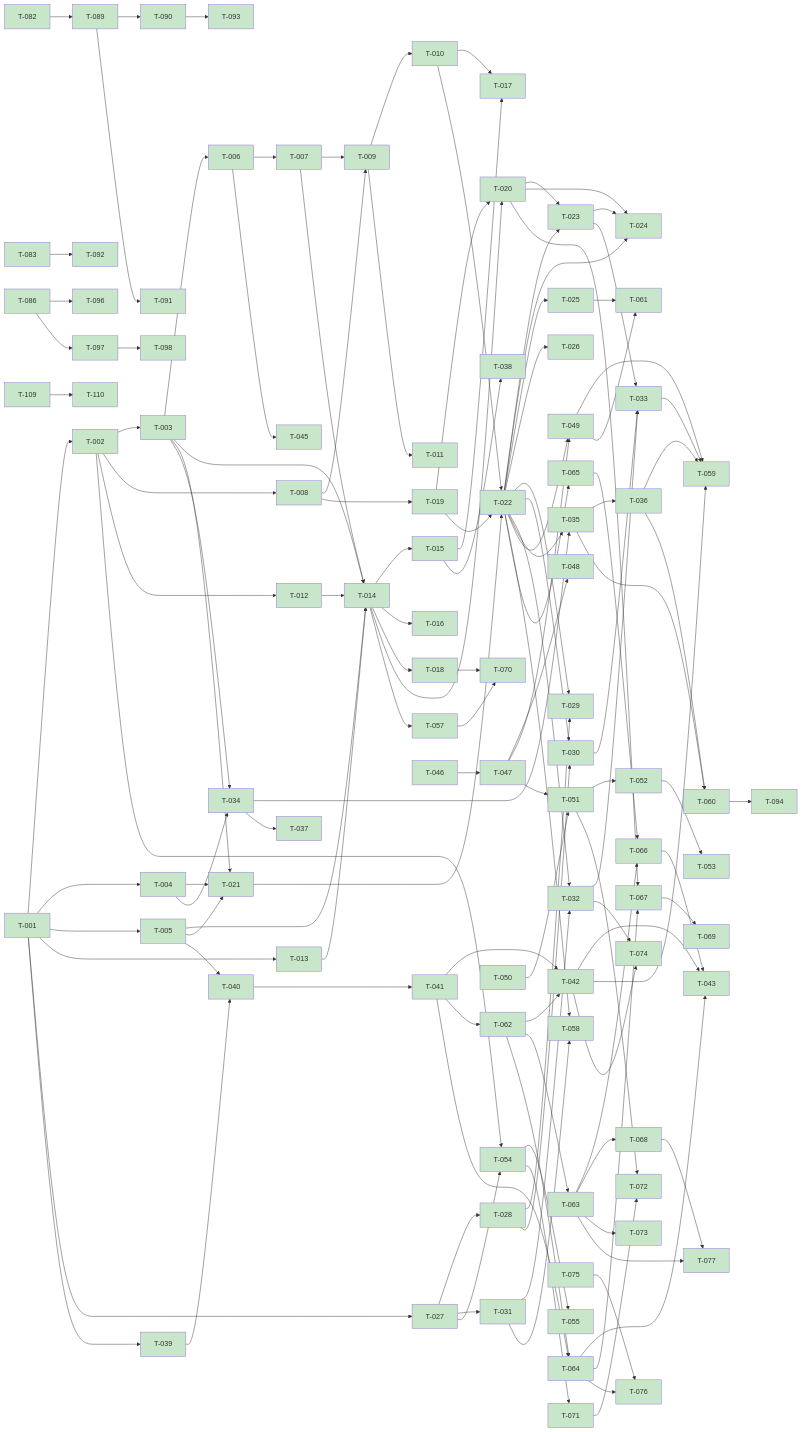
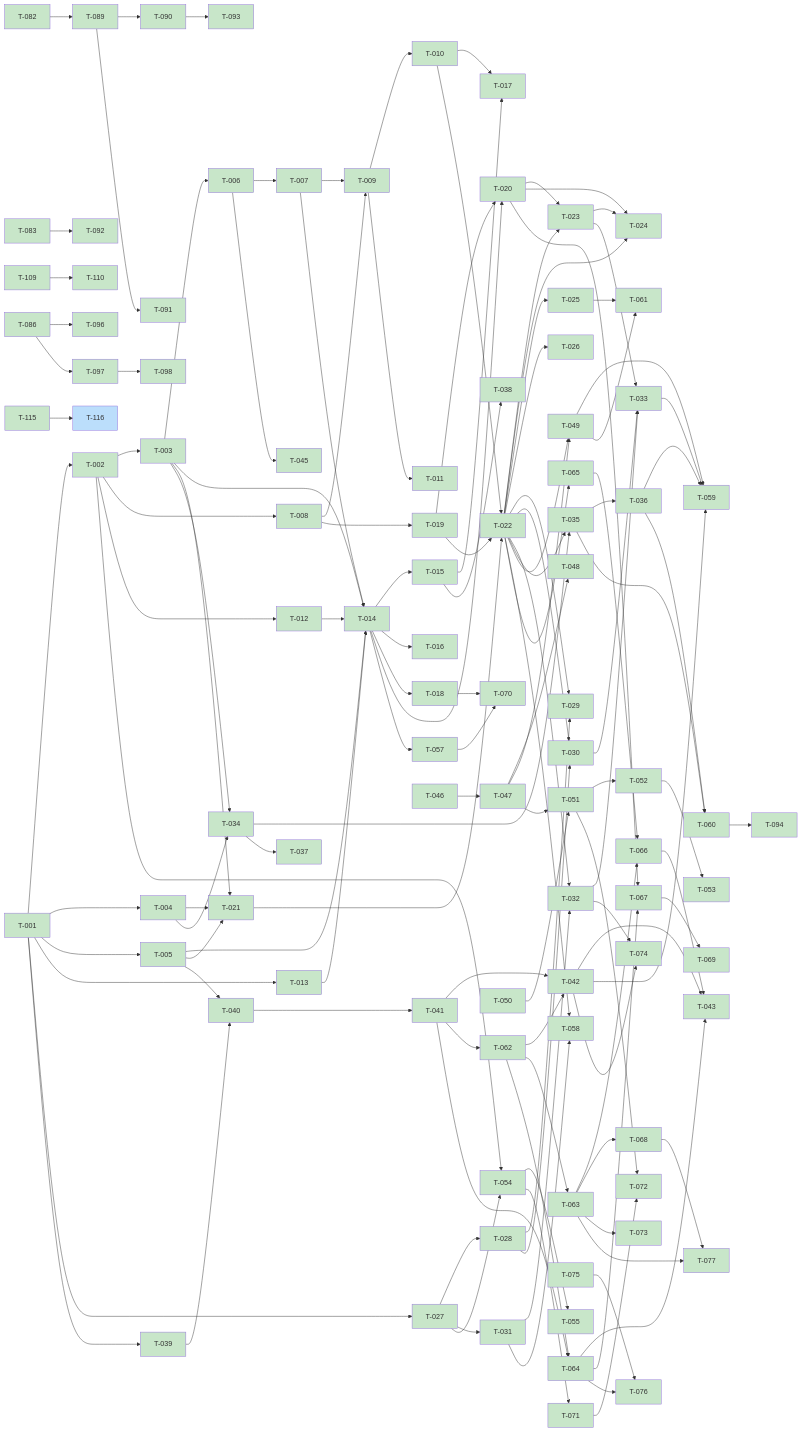
Before and after one commit to scholtz/biatec-chat: the diagram in kanban/BOARD.md, drawn with Mermaid. The commit also changed other lines of this file and 1 other file, not shown here.

````diff
--- a/kanban/BOARD.md
+++ b/kanban/BOARD.md
@@ -274,10 +275,12 @@
   T086[T-086] --> T097[T-097]
   T097[T-097] --> T098[T-098]
   T109[T-109] --> T110[T-110]
+  T115[T-115] --> T116[T-116]
   classDef done fill:#c8e6c9
   classDef review fill:#fff9c4
   classDef inprogress fill:#bbdefb
   classDef backlog fill:#ffffff
   classDef blocked fill:#eeeeee
   class T001,T002,T003,T004,T005,T006,T007,T008,T009,T010,T011,T012,T013,T014,T015,T016,T017,T018,T019,T020,T021,T022,T023,T024,T025,T026,T027,T028,T029,T030,T031,T032,T033,T034,T035,T036,T037,T038,T039,T040,T041,T042,T043,T044,T045,T046,T047,T048,T049,T050,T051,T052,T053,T054,T055,T056,T057,T058,T059,T060,T061,T062,T063,T064,T065,T066,T067,T068,T069,T070,T071,T072,T073,T074,T075,T076,T077,T078,T079,T080,T081,T082,T083,T084,T085,T086,T087,T088,T089,T090,T091,T092,T093,T094,T095,T096,T097,T098,T099,T100,T101,T102,T103,T104,T105,T106,T107,T108,T109,T110,T111,T112,T113,T114,T115 done
+  class T116 inprogress
 ```
````
